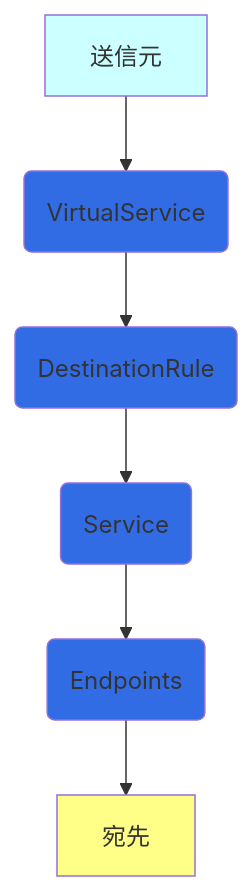
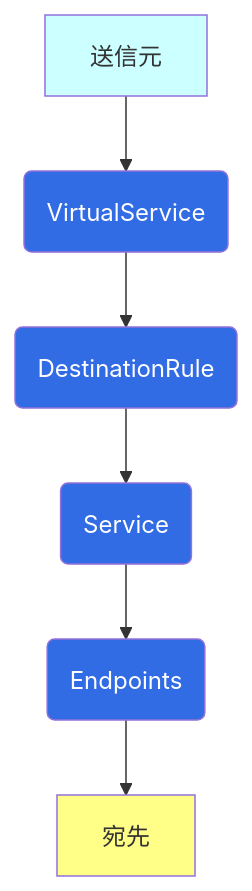
The second of 4 diagrams in dist/draft/【Istio⛵️】IstioによるEnvoyの抽象化.md (hiroki-it/hatenablog), drawn with Mermaid before and after one commit. The commit also changed other lines of this file, not shown here.

````diff
--- a/dist/draft/【Istio⛵️】IstioによるEnvoyの抽象化.md
+++ b/dist/draft/【Istio⛵️】IstioによるEnvoyの抽象化.md
@@ -103,17 +103,17 @@
 ```mermaid
 flowchart TD
     送信元 --> VirtualService
     VirtualService(VirtualService) --> DestinationRule
     DestinationRule(DestinationRule) --> Service
     Service(Service) --> Endpoints
     Endpoints(Endpoints) --> 宛先
 
     classDef sly fill :#CCFFFF;
     class 送信元 sly
 
     classDef yellow fill :#FFFF88;
     class 宛先 yellow
 
-    classDef blue fill :#326CE5, font-color: white;
+    classDef blue fill :#326CE5, color: white
     class VirtualService,DestinationRule,Service,Endpoints blue
 ```
````
